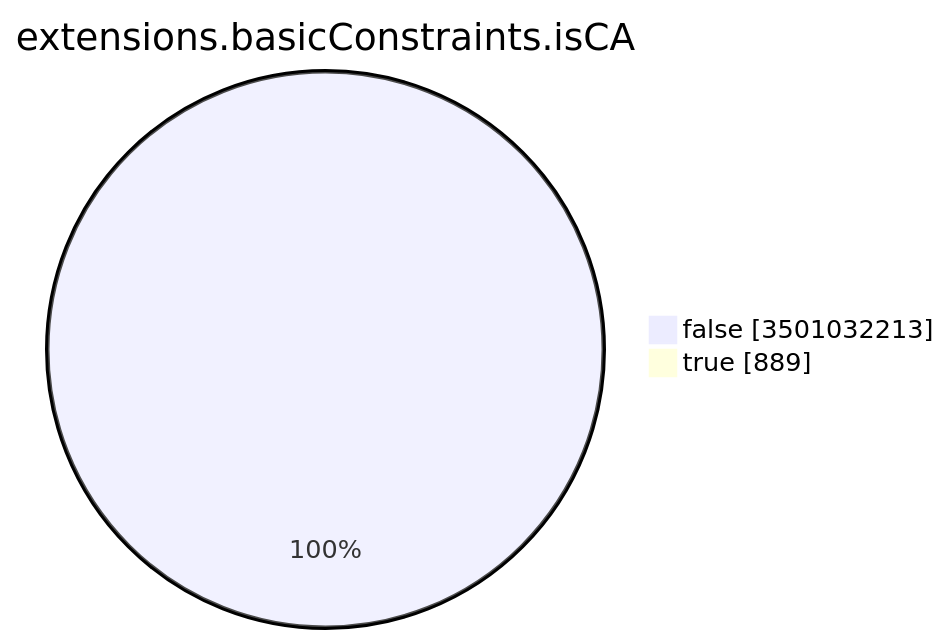
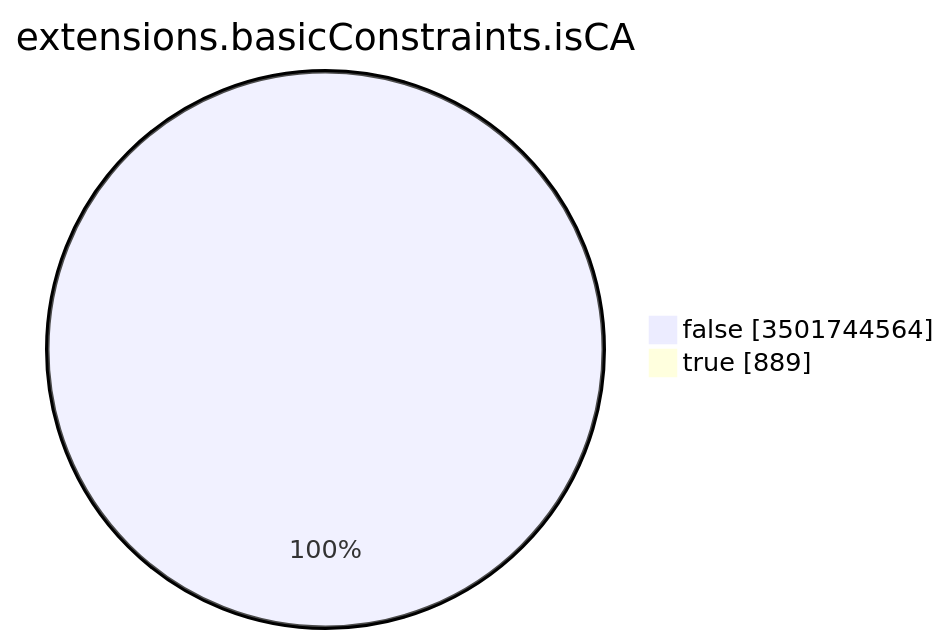
The seventh of 15 diagrams in TOTAL/README.md (christiankrug/ctmonitor_visualization), drawn with Mermaid before and after one commit. The commit also changed other lines of this file, not shown here.

````diff
--- a/TOTAL/README.md
+++ b/TOTAL/README.md
@@ -3094,6 +3094,6 @@
 ```mermaid
 pie showData
 title extensions.basicConstraints.isCA
-"false" :3501032213
+"false" :3501744564
 "true" :889
 ```
````
